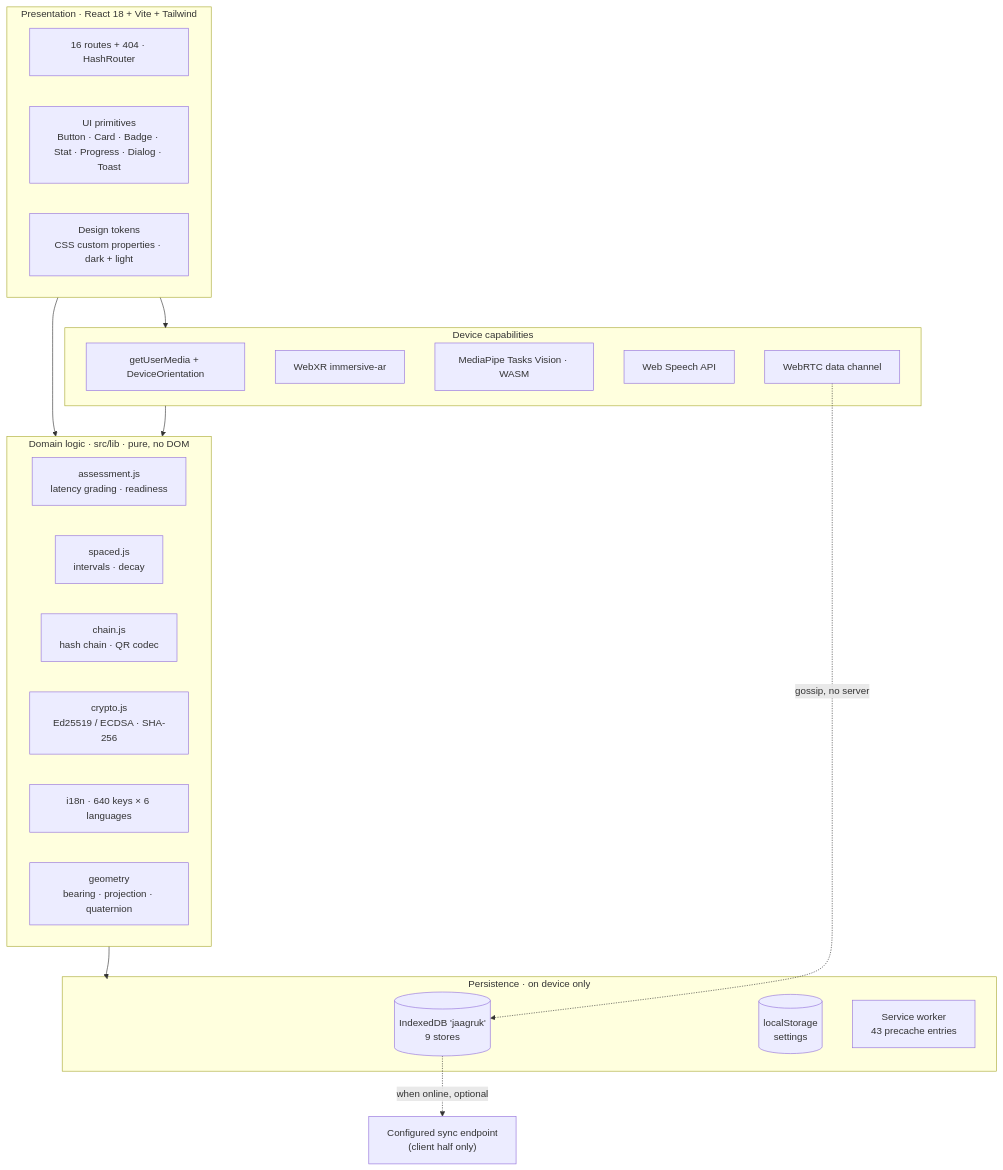
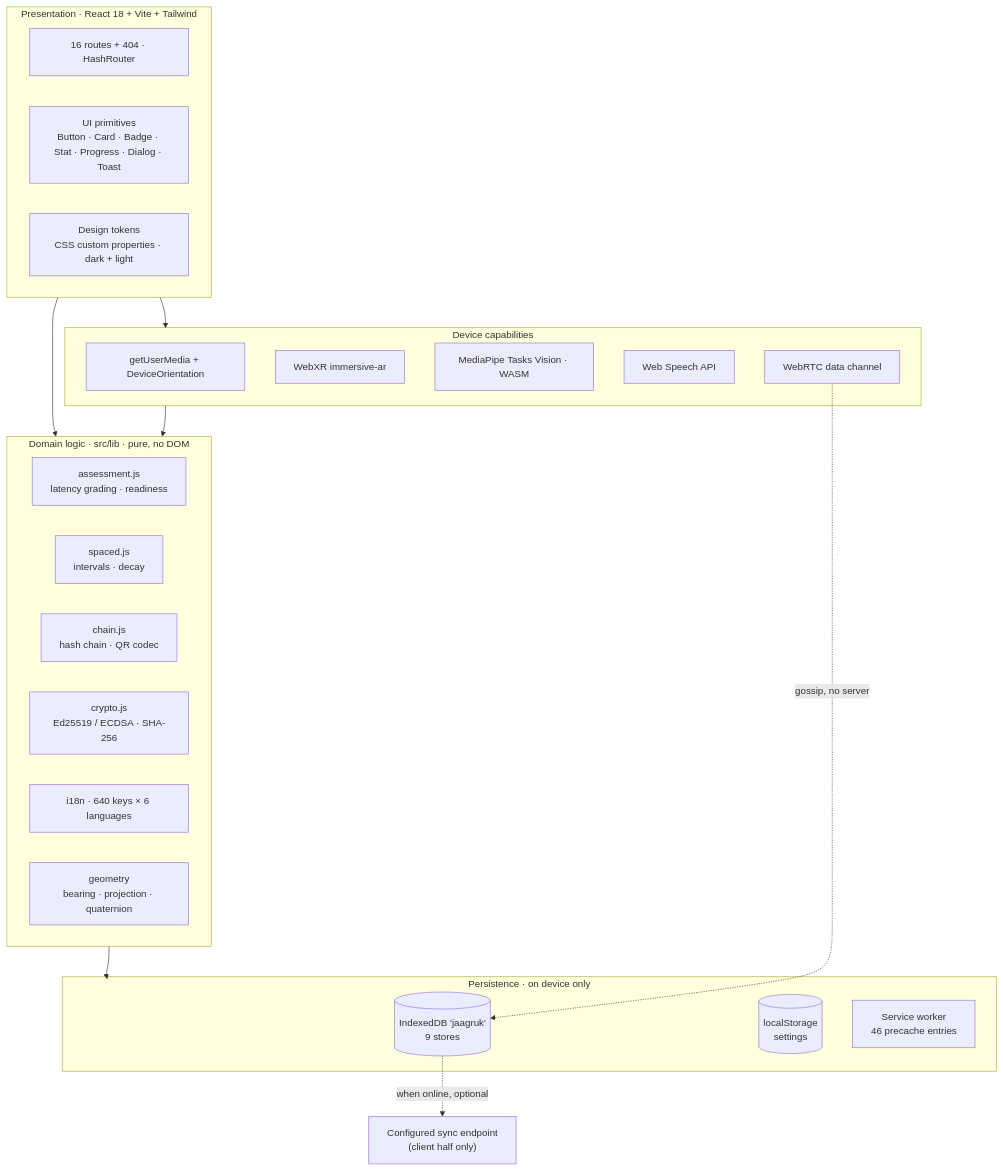
One commit to palakrai573/Jaagruk changed the diagram in README.md. Above: the diagram before and after it, drawn with Mermaid. The commit also changed other lines of this file and 77 other files, not shown here.

````diff
--- a/README.md
+++ b/README.md
@@ -236,38 +241,38 @@
 ```mermaid
 flowchart TB
     subgraph UI["Presentation · React 18 + Vite + Tailwind"]
         P["16 routes + 404 · HashRouter"]
         C["UI primitives<br/>Button · Card · Badge · Stat · Progress · Dialog · Toast"]
         T["Design tokens<br/>CSS custom properties · dark + light"]
     end
 
     subgraph DOM["Domain logic · src/lib · pure, no DOM"]
         A["assessment.js<br/>latency grading · readiness"]
         S["spaced.js<br/>intervals · decay"]
         CH["chain.js<br/>hash chain · QR codec"]
         CR["crypto.js<br/>Ed25519 / ECDSA · SHA-256"]
         I18["i18n · 640 keys × 6 languages"]
         GEO["geometry<br/>bearing · projection · quaternion"]
     end
 
     subgraph DEV["Device capabilities"]
         CAM["getUserMedia + DeviceOrientation"]
         XR["WebXR immersive-ar"]
         MP["MediaPipe Tasks Vision · WASM"]
         SP["Web Speech API"]
         RTC["WebRTC data channel"]
     end
 
     subgraph PER["Persistence · on device only"]
         IDB[("IndexedDB 'jaagruk'<br/>9 stores")]
         LS[("localStorage<br/>settings")]
-        SW["Service worker<br/>43 precache entries"]
+        SW["Service worker<br/>46 precache entries"]
     end
 
     UI --> DOM
     DOM --> PER
     UI --> DEV
     DEV --> DOM
     RTC -.->|"gossip, no server"| IDB
     IDB -.->|"when online, optional"| EXT["Configured sync endpoint<br/>(client half only)"]
 ```
````
